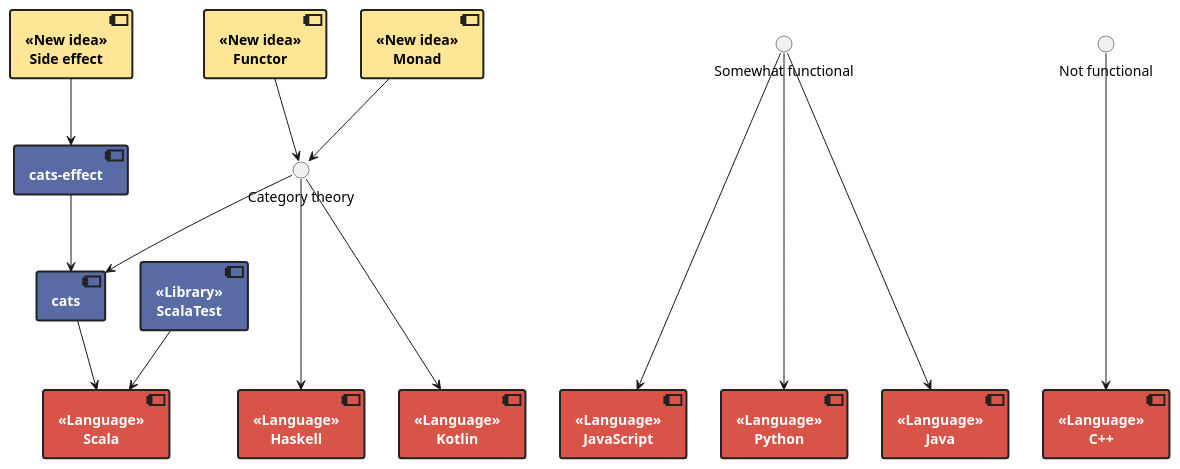
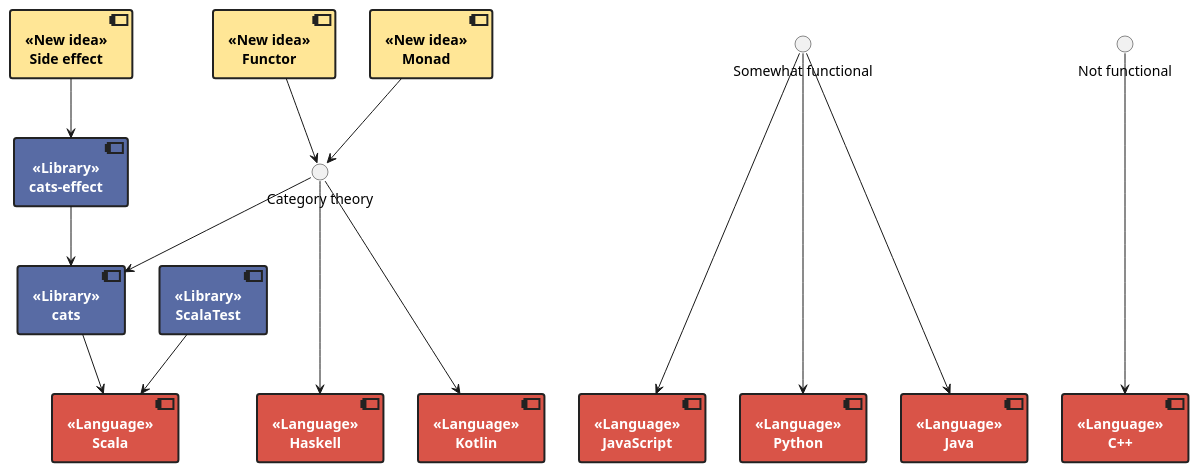
One commit to mcanlas/presentation-slides changed the diagram in slides/diagrams/060-not-every-language.puml. Above: the diagram before and after it, drawn with PlantUML. The commit also changed 11 other files, not shown here.

```diff
--- a/slides/diagrams/060-not-every-language.puml
+++ b/slides/diagrams/060-not-every-language.puml
@@ -1,66 +1,64 @@
 @startuml
 
 skinparam defaultTextAlignment center
 
 skinparam component {
   fontStyle bold
   fontColor white
   backgroundColor #586ba4
   borderColor #222
   borderThickness 2
 }
 
 skinparam component<< New idea >> {
   fontColor black
   backgroundColor #ffe696
 }
 
 skinparam component<< Language >> {
   fontColor white
   backgroundColor #d95448
 }
 
 component scala as "Scala" << Language >>
 
-component cats as "cats"
-
-component cats_effect as "cats-effect"
-
-cats_effect --> cats
-
+component cats as "cats" << Library >>
 component scalatest as "ScalaTest" << Library >>
 
 cats --> scala
 scalatest --> scala
+
+component cats_effect as "cats-effect" << Library >>
+cats_effect --> cats
 
 component functor as "Functor" << New idea >>
 component monad as "Monad" << New idea >>
 
 component side_effect as "Side effect" << New idea >>
 side_effect --> cats_effect
 
 interface category_theory as "Category theory"
 
 functor --> category_theory
 monad --> category_theory
 
 component haskell as "Haskell" << Language >>
 component kotlin as "Kotlin" << Language >>
 
 category_theory --> cats
 category_theory ---> haskell
 category_theory ---> kotlin
 
 interface kinda_functional as "Somewhat functional"
 component javascript as "JavaScript" << Language >>
 component python as "Python" << Language >>
 component java as "Java" << Language >>
 kinda_functional ----> javascript
 kinda_functional ----> python
 kinda_functional ----> java
 
 interface not_functional as "Not functional"
 component cpp as "C++" << Language >>
 not_functional ----> cpp
 
 @enduml
```
